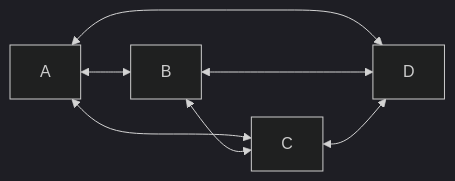
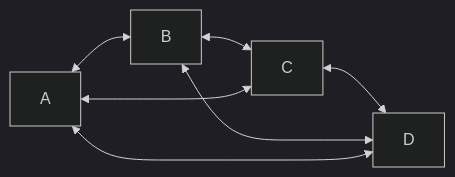
The second of 5 diagrams in README.md (tommycs127/yumcha), drawn with Mermaid (dark theme) before and after one commit. The commit also changed other lines of this file, not shown here.

````diff
--- a/README.md
+++ b/README.md
@@ -61,9 +61,7 @@
 ```mermaid
-graph LR
-    A1[A] <--> B1[B]
-    A1[A] <--> C1[C]
-    A1[A] <--> D1[D]
-    B1[B] <--> C1[C]
-    B1[B] <--> D1[D]
-    C1[C] <--> D1[D]
+flowchart LR
+    A <--> B <--> C <--> D
+    B <--> D
+    A <--> C
+    A <--> D
 ```
````
